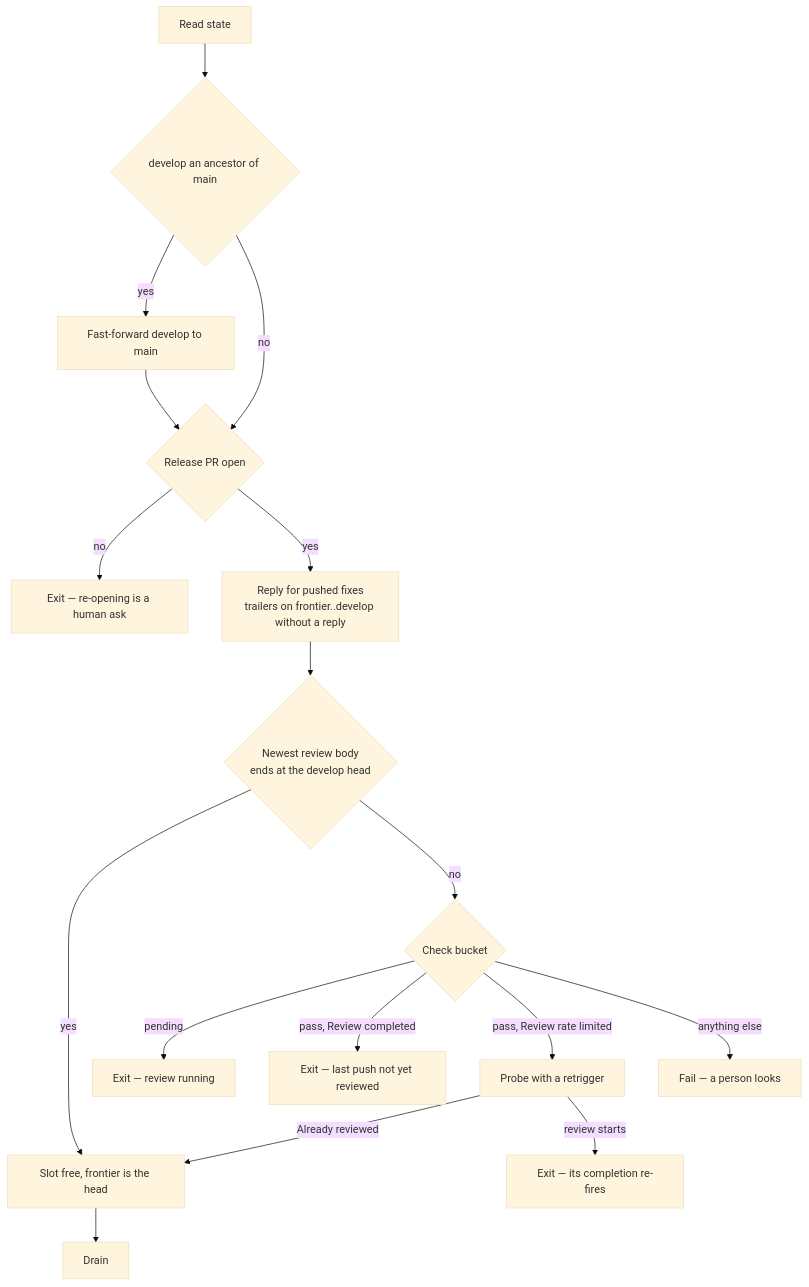
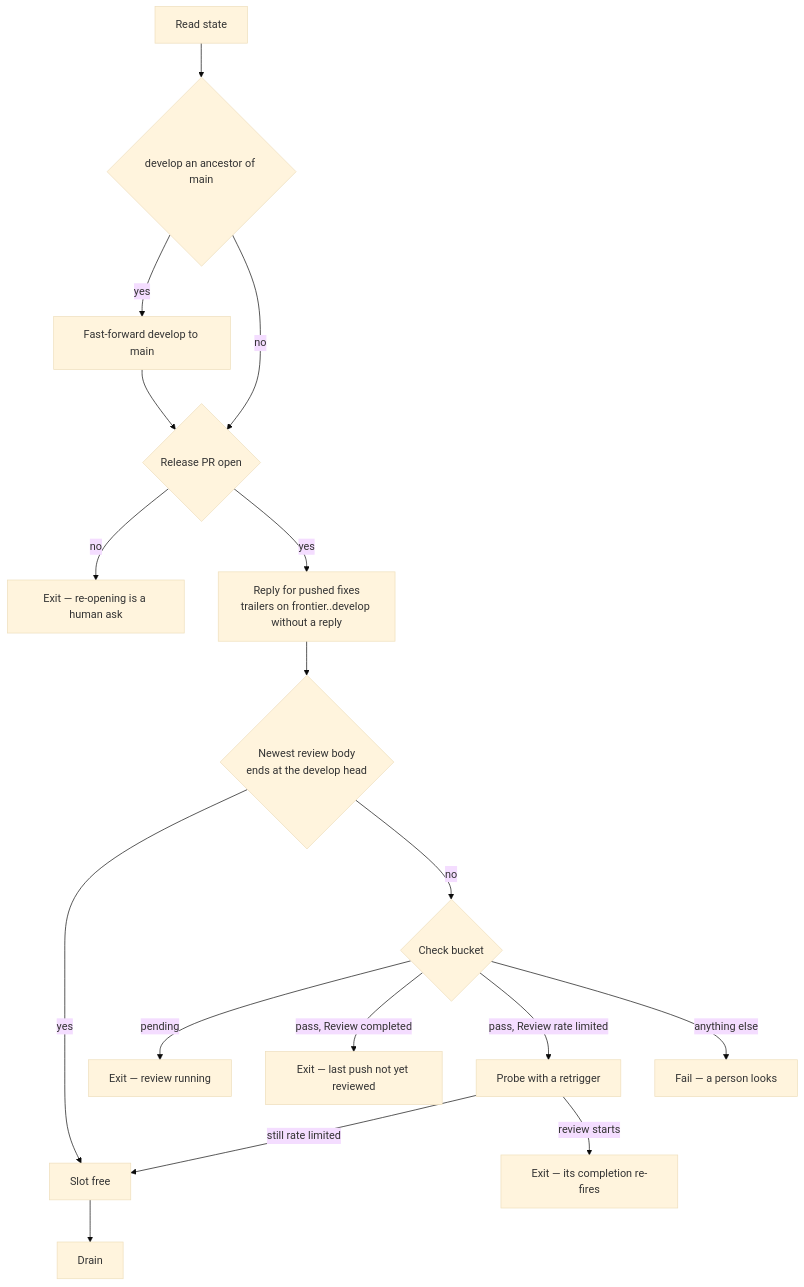
The first of 2 diagrams in apps/web/content/docs/infra/review-collector/collection-cycle.md (Esposter/Esposter), drawn with Mermaid (base theme) before and after one commit. The commit also changed other lines of this file and 14 other files, not shown here.

````diff
--- a/apps/web/content/docs/infra/review-collector/collection-cycle.md
+++ b/apps/web/content/docs/infra/review-collector/collection-cycle.md
@@ -32,19 +32,19 @@
 ```mermaid
 flowchart TD
   S[Read state] --> RS{develop an ancestor of main}
   RS -->|yes| FF[Fast-forward develop to main]
   RS -->|no| PR
   FF --> PR{Release PR open}
   PR -->|no| X0[Exit — re-opening is a human ask]
   PR -->|yes| RP[Reply for pushed fixes<br/>trailers on frontier..develop without a reply]
   RP --> B{Newest review body<br/>ends at the develop head}
-  B -->|yes| OK[Slot free, frontier is the head]
+  B -->|yes| OK[Slot free]
   B -->|no| ST{Check bucket}
   ST -->|pending| X1[Exit — review running]
   ST -->|pass, Review completed| X2[Exit — last push not yet reviewed]
   ST -->|pass, Review rate limited| PB[Probe with a retrigger]
-  PB -->|Already reviewed| OK
+  PB -->|still rate limited| OK
   PB -->|review starts| X3[Exit — its completion re-fires]
   ST -->|anything else| X4[Fail — a person looks]
   OK --> D[Drain]
 ```
````
